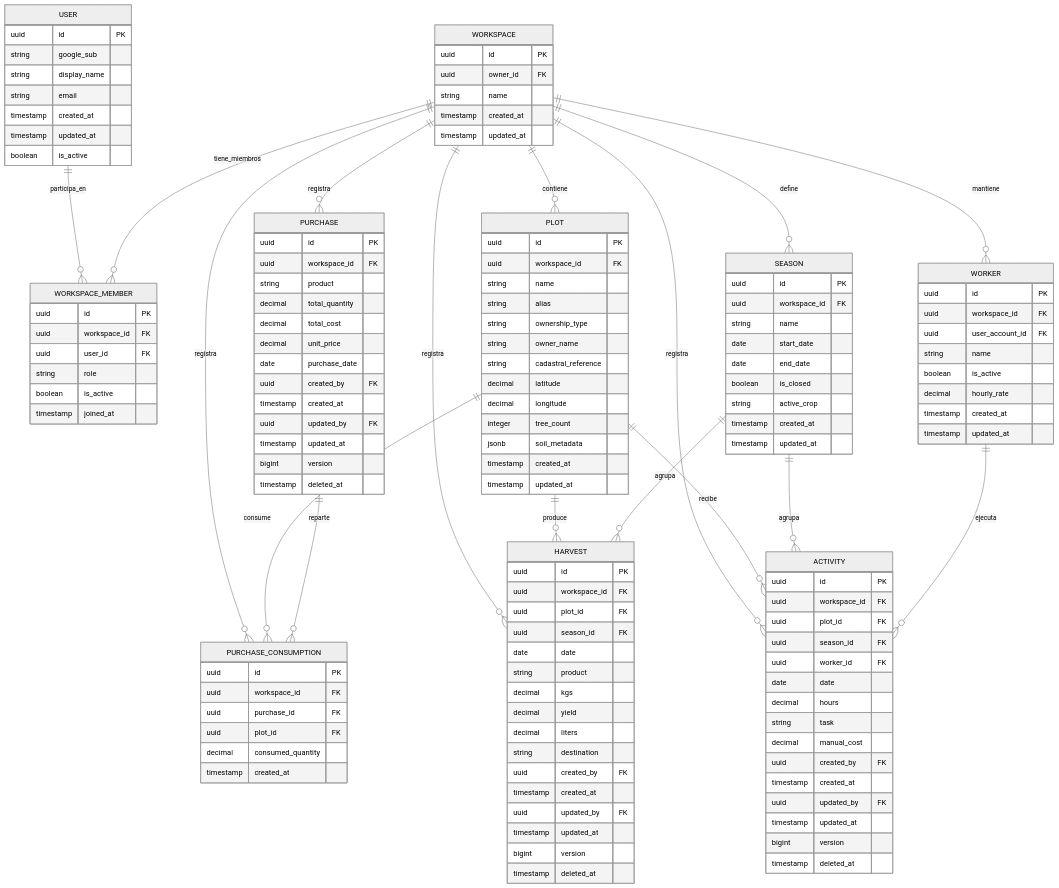
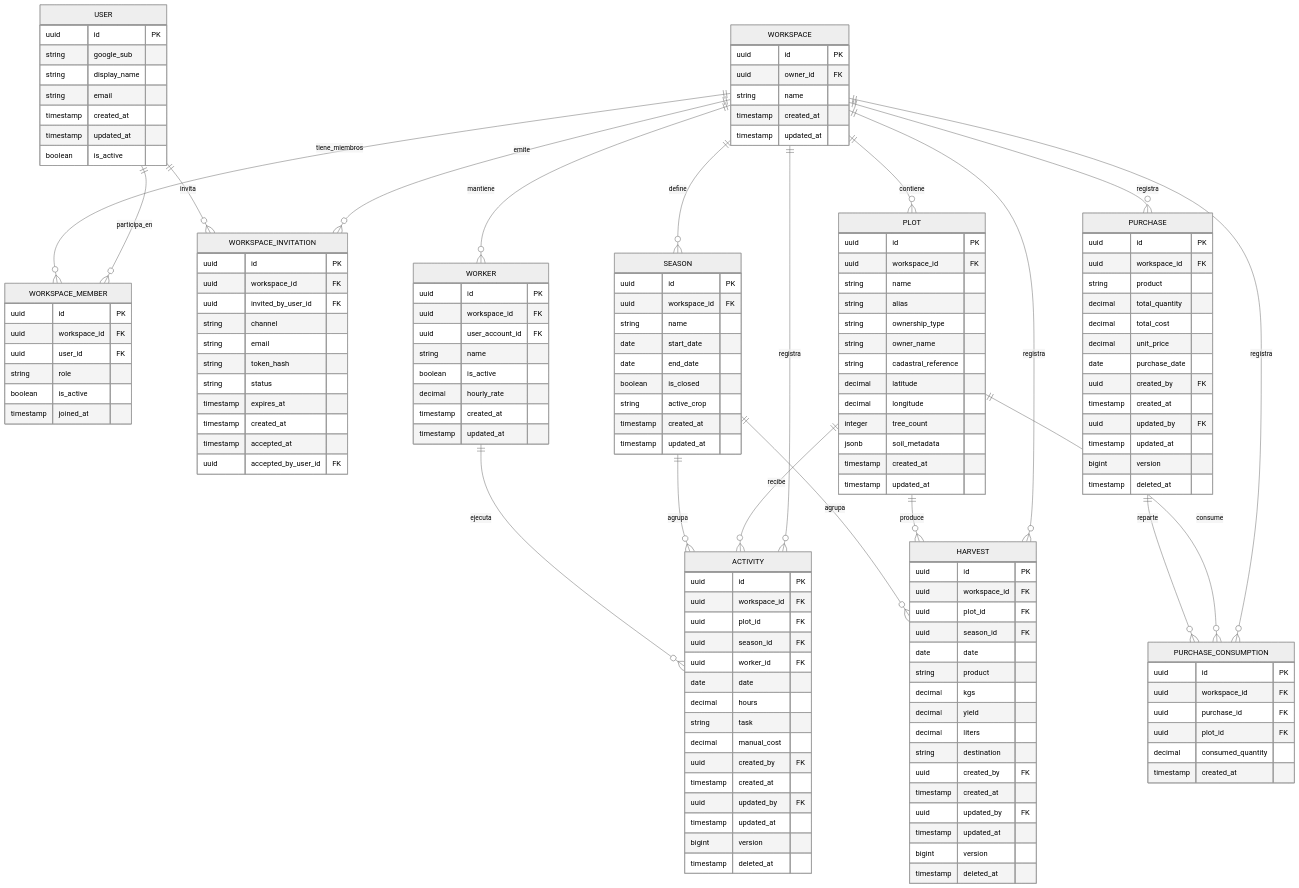
The diagram in docs/02-arquitectura/modelo-de-datos.md (AndresGilabert/terrenario), drawn with Mermaid (neutral theme) before and after one commit. The commit also changed other lines of this file and 50 other files, not shown here.

First line of the commit message:
feat(MVP-103): invitaciones a Workspace por email y enlace

```diff
--- a/docs/02-arquitectura/modelo-de-datos.md
+++ b/docs/02-arquitectura/modelo-de-datos.md
@@ -43,6 +43,20 @@
         string role
         boolean is_active
         timestamp joined_at
+    }
+
+    WORKSPACE_INVITATION {
+        uuid id PK
+        uuid workspace_id FK
+        uuid invited_by_user_id FK
+        string channel
+        string email
+        string token_hash
+        string status
+        timestamp expires_at
+        timestamp created_at
+        timestamp accepted_at
+        uuid accepted_by_user_id FK
     }
 
     WORKER {
@@ -148,6 +162,8 @@
 
     USER ||--o{ WORKSPACE_MEMBER : participa_en
     WORKSPACE ||--o{ WORKSPACE_MEMBER : tiene_miembros
+    WORKSPACE ||--o{ WORKSPACE_INVITATION : emite
+    USER ||--o{ WORKSPACE_INVITATION : invita
     WORKSPACE ||--o{ WORKER : mantiene
     WORKSPACE ||--o{ PLOT : contiene
     WORKSPACE ||--o{ SEASON : define
```
